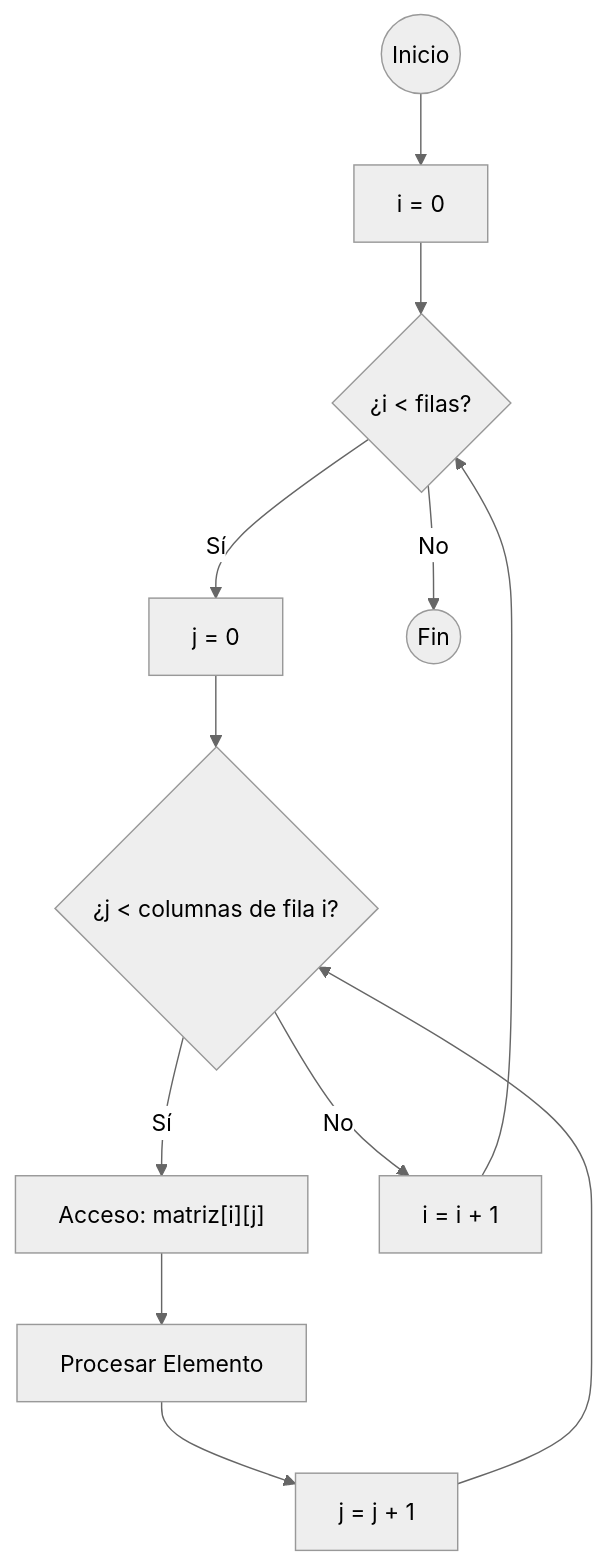
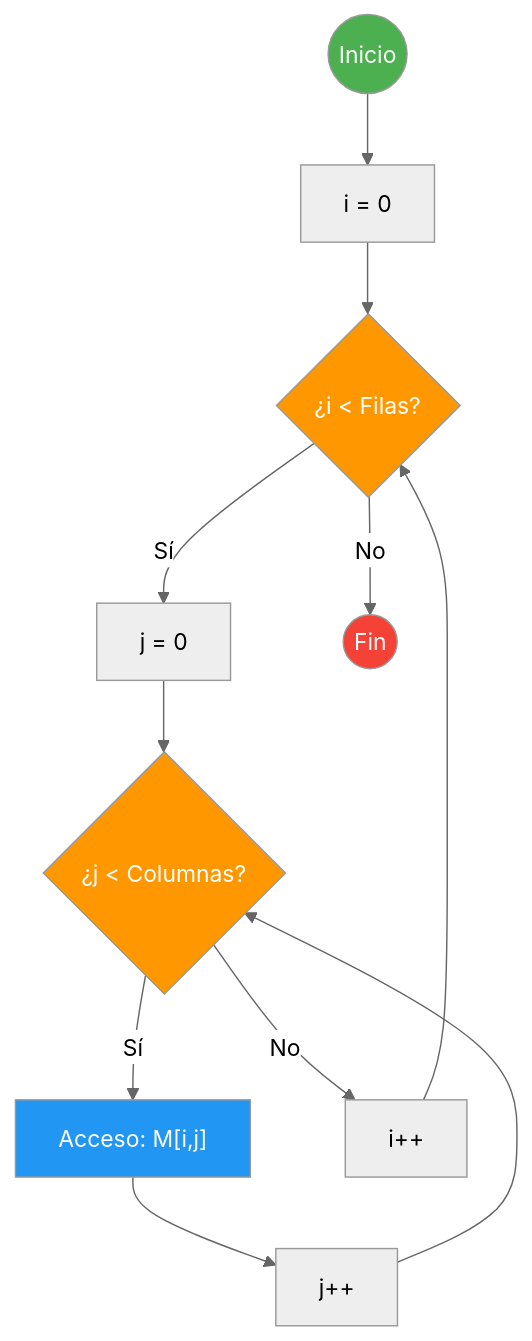
One commit to joseluisgs/Programacion-03-2026-2027 changed the second of 3 diagrams in 03-arrays-multidimensionales.md. Above: the diagram before and after it, drawn with Mermaid (neutral theme). The commit also changed other lines of this file and 7 other files, not shown here.

````diff
--- a/03-arrays-multidimensionales.md
+++ b/03-arrays-multidimensionales.md
@@ -150,14 +103,18 @@
 ```mermaid
 graph TD
-    Start((Inicio)) --> InitI["i = 0"]
-    InitI --> CondI{"¿i < filas?"}
-    CondI -- Sí --> InitJ["j = 0"]
-    InitJ --> CondJ{"¿j < columnas de fila i?"}
-    CondJ -- Sí --> Access["Acceso: matriz[i][j]"]
-    Access --> Process[Procesar Elemento]
-    Process --> IncJ["j = j + 1"]
-    IncJ --> CondJ
-    CondJ -- No --> IncI["i = i + 1"]
-    IncI --> CondI
-    CondI -- No --> End((Fin))
+    START(("Inicio")) --> FI["i = 0"]
+    FI --> FC{"¿i < Filas?"}
+    FC -->|"Sí"| FJ["j = 0"]
+    FJ --> CC{"¿j < Columnas?"}
+    CC -->|"Sí"| ACC["Acceso: M[i,j]"]
+    ACC --> PJ["j++"]
+    PJ --> CC
+    CC -->|"No"| PI["i++"]
+    PI --> FC
+    FC -->|"No"| FIN(("Fin"))
+    style START fill:#4CAF50,color:#fff
+    style FIN fill:#f44336,color:#fff
+    style FC fill:#FF9800,color:#fff
+    style CC fill:#FF9800,color:#fff
+    style ACC fill:#2196F3,color:#fff
 ```
````
